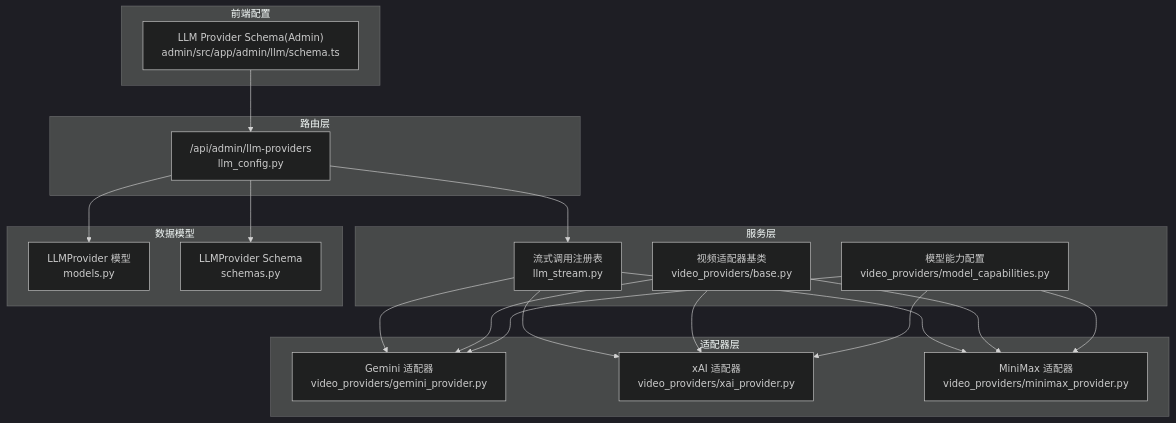
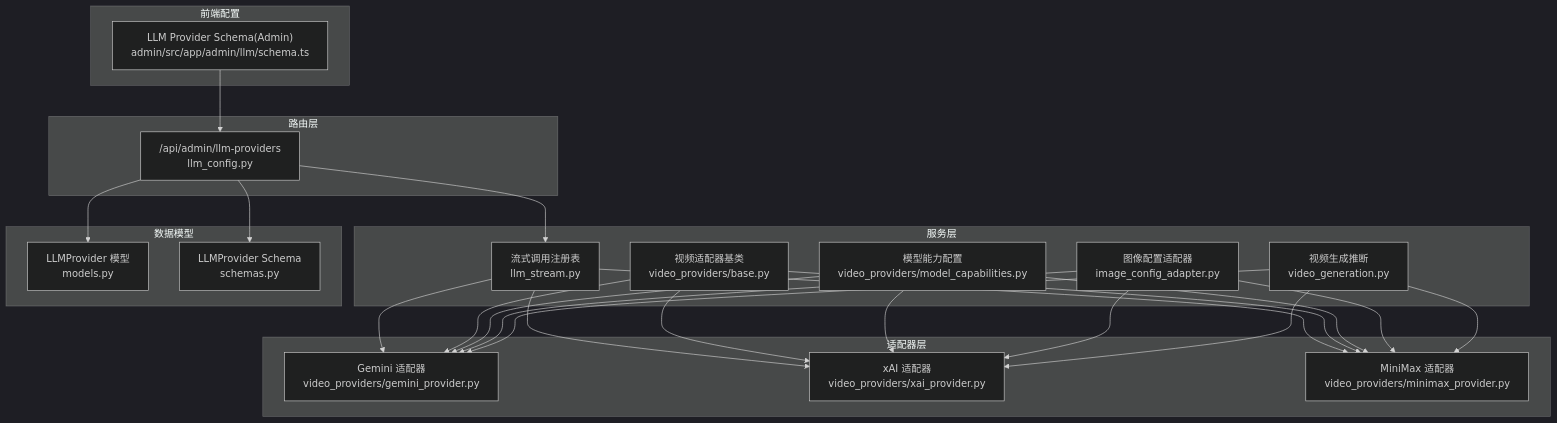
The first of 5 diagrams in .qoder/repowiki/zh/content/AI服务集成/LLM服务提供商.md (KunLabAI/KunFlix), drawn with Mermaid (dark theme) before and after one commit. The commit also changed other lines of this file and 13 other files, not shown here.

First line of the commit message:
feat(tool_manager): 集成图像编辑、视频编辑与画布节点管理工具

````diff
--- a/.qoder/repowiki/zh/content/AI服务集成/LLM服务提供商.md
+++ b/.qoder/repowiki/zh/content/AI服务集成/LLM服务提供商.md
@@ -43,36 +45,44 @@
 ```mermaid
 graph TB
 subgraph "路由层"
 R1["/api/admin/llm-providers<br/>llm_config.py"]
 end
 subgraph "服务层"
 S1["流式调用注册表<br/>llm_stream.py"]
 S2["视频适配器基类<br/>video_providers/base.py"]
 S3["模型能力配置<br/>video_providers/model_capabilities.py"]
+S4["图像配置适配器<br/>image_config_adapter.py"]
+S5["视频生成推断<br/>video_generation.py"]
 end
 subgraph "适配器层"
 A1["Gemini 适配器<br/>video_providers/gemini_provider.py"]
 A2["xAI 适配器<br/>video_providers/xai_provider.py"]
 A3["MiniMax 适配器<br/>video_providers/minimax_provider.py"]
 end
 subgraph "数据模型"
 M1["LLMProvider 模型<br/>models.py"]
 M2["LLMProvider Schema<br/>schemas.py"]
 end
 subgraph "前端配置"
 F1["LLM Provider Schema(Admin)<br/>admin/src/app/admin/llm/schema.ts"]
 end
 R1 --> S1
 R1 --> M1
 R1 --> M2
 S1 --> A1
 S1 --> A2
 S1 --> A3
 S2 --> A1
 S2 --> A2
 S2 --> A3
 S3 --> A1
 S3 --> A2
 S3 --> A3
+S4 --> A1
+S4 --> A2
+S4 --> A3
+S5 --> A1
+S5 --> A2
+S5 --> A3
 F1 --> R1
 ```
````
